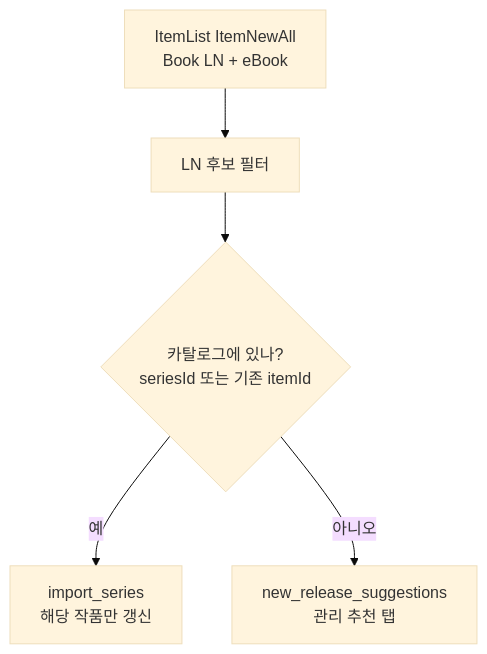
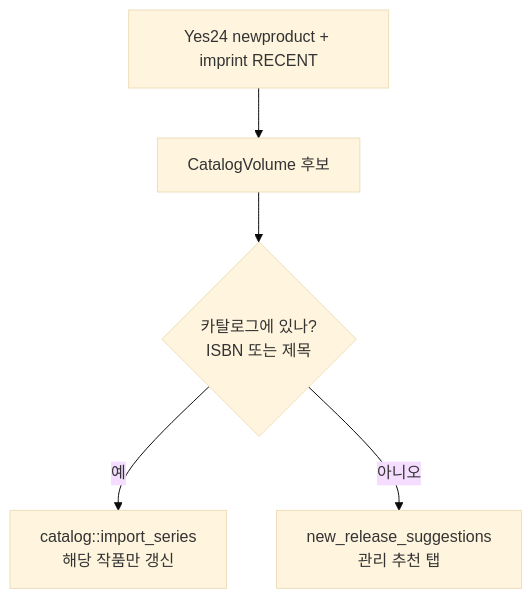
The third of 3 diagrams in docs/ARCHITECTURE.md (poeslimik/linvlib), drawn with Mermaid (base theme) before and after one commit. The commit also changed other lines of this file and 35 other files, not shown here.

First line of the commit message:
Switch catalog metadata to Yes24 so search and new releases no longer depend on Aladin.

````diff
--- a/docs/ARCHITECTURE.md
+++ b/docs/ARCHITECTURE.md
@@ -77,7 +80,7 @@
 ```mermaid
 flowchart TD
-  A["ItemList ItemNewAll\nBook LN + eBook"] --> B["LN 후보 필터"]
-  B --> C{"카탈로그에 있나?\nseriesId 또는 기존 itemId"}
-  C -->|예| D["import_series\n해당 작품만 갱신"]
+  A["Yes24 newproduct + imprint RECENT"] --> B["CatalogVolume 후보"]
+  B --> C{"카탈로그에 있나?\nISBN 또는 제목"}
+  C -->|예| D["catalog::import_series\n해당 작품만 갱신"]
   C -->|아니오| E["new_release_suggestions\n관리 추천 탭"]
 ```
````
